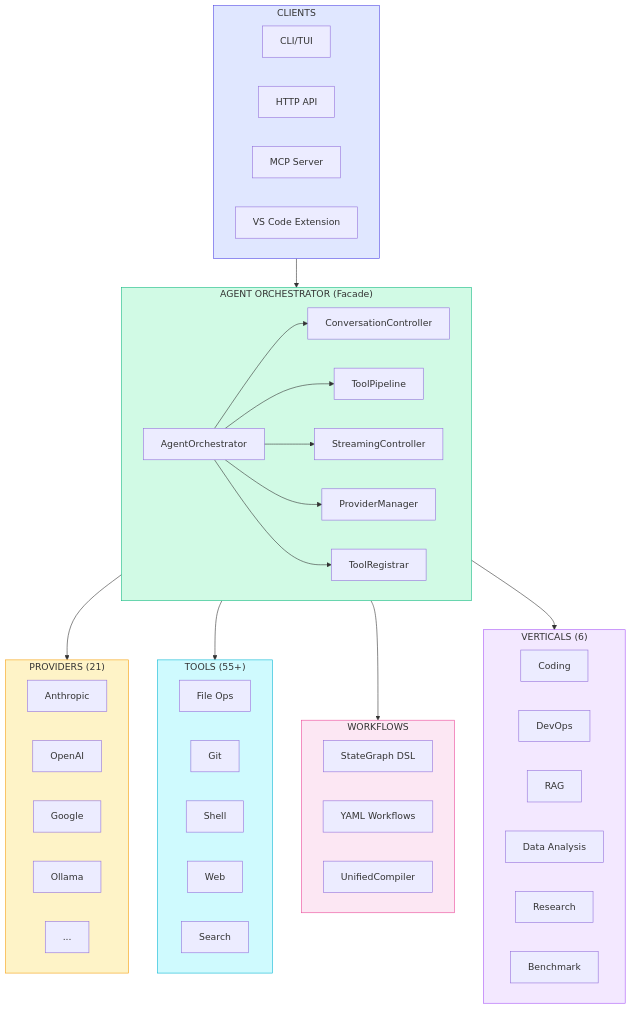
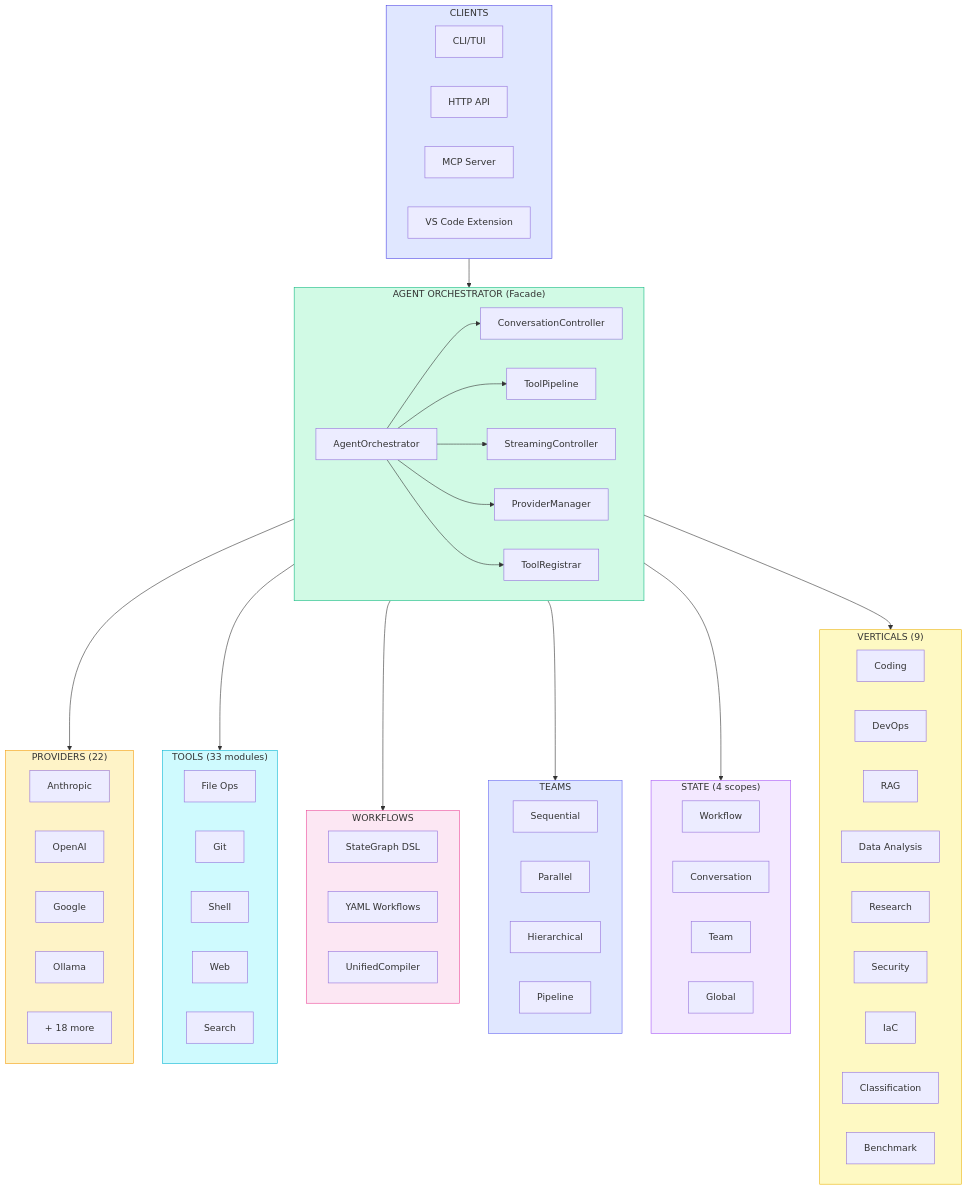
One commit to vjsingh1984/victor changed the first of 2 diagrams in docs/architecture/overview.md. Above: the diagram before and after it, drawn with Mermaid. The commit also changed other lines of this file and 35 other files, not shown here.

````diff
--- a/docs/architecture/overview.md
+++ b/docs/architecture/overview.md
@@ -92,15 +99,15 @@
         TR["ToolRegistrar"]
     end
 
-    subgraph Providers["PROVIDERS (21)"]
+    subgraph Providers["PROVIDERS (22)"]
         ANT["Anthropic"]
         OAI["OpenAI"]
         GGL["Google"]
         OLL["Ollama"]
-        MORE["..."]
+        MORE["+ 18 more"]
     end
 
-    subgraph Tools["TOOLS (55+)"]
+    subgraph Tools["TOOLS (33 modules)"]
         FILE["File Ops"]
         GIT["Git"]
         SHELL["Shell"]
@@ -114,12 +121,29 @@
         UC["UnifiedCompiler"]
     end
 
-    subgraph Verticals["VERTICALS (6)"]
+    subgraph Teams["TEAMS"]
+        SEQ["Sequential"]
+        PAR["Parallel"]
+        HIER["Hierarchical"]
+        PIPE["Pipeline"]
+    end
+
+    subgraph State["STATE (4 scopes)"]
+        WFS["Workflow"]
+        CONVS["Conversation"]
+        TMS["Team"]
+        GLS["Global"]
+    end
+
+    subgraph Verticals["VERTICALS (9)"]
         COD["Coding"]
         DEV["DevOps"]
         RAG["RAG"]
         DATA["Data Analysis"]
         RES["Research"]
+        SEC["Security"]
+        IAC["IaC"]
+        CLS["Classification"]
         BENCH["Benchmark"]
     end
 
@@ -132,6 +156,8 @@
     Orchestrator --> Providers
     Orchestrator --> Tools
     Orchestrator --> Workflows
+    Orchestrator --> Teams
+    Orchestrator --> State
     Orchestrator --> Verticals
 
     style Clients fill:#e0e7ff,stroke:#4f46e5
@@ -139,5 +165,7 @@
     style Providers fill:#fef3c7,stroke:#f59e0b
     style Tools fill:#cffafe,stroke:#06b6d4
     style Workflows fill:#fce7f3,stroke:#ec4899
-    style Verticals fill:#f3e8ff,stroke:#a855f7
+    style Teams fill:#e0e7ff,stroke:#6366f1
+    style State fill:#f3e8ff,stroke:#a855f7
+    style Verticals fill:#fef9c3,stroke:#eab308
 ```
````
